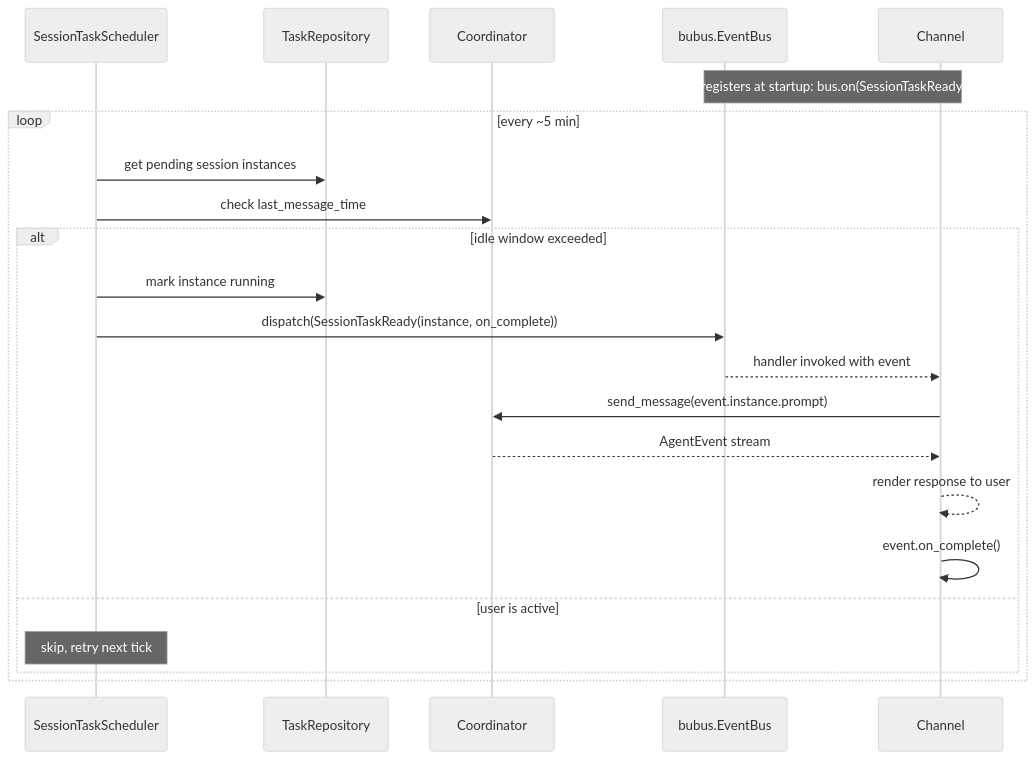
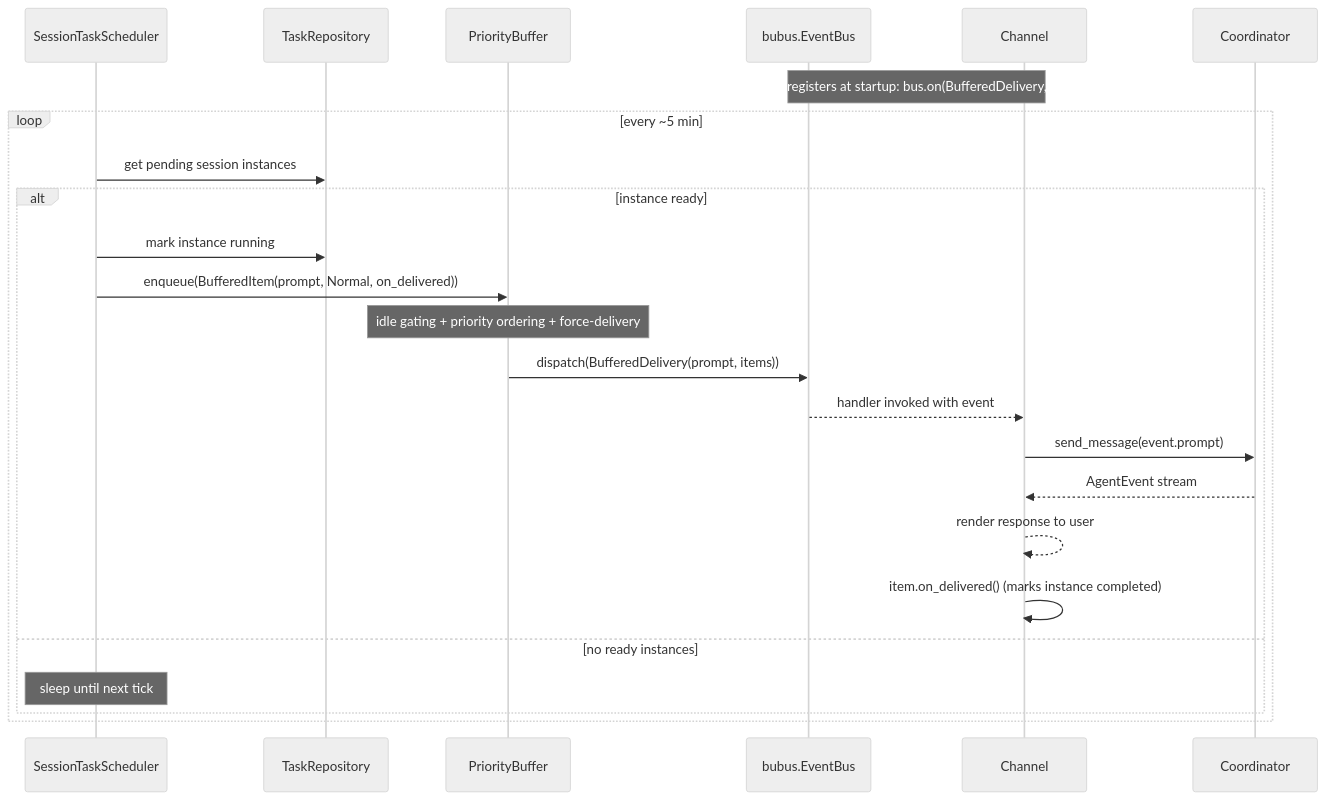
One commit to asermax/tachikoma changed the diagram in docs/feature-designs/tasks/session-task-execution.md. Above: the diagram before and after it, drawn with Mermaid (neutral theme). The commit also changed other lines of this file and 20 other files, not shown here.

````diff
--- a/docs/feature-designs/tasks/session-task-execution.md
+++ b/docs/feature-designs/tasks/session-task-execution.md
@@ -45,26 +43,28 @@
 ```mermaid
 sequenceDiagram
     participant Sched as SessionTaskScheduler
     participant Repo as TaskRepository
-    participant Coord as Coordinator
+    participant Buffer as PriorityBuffer
     participant Bus as bubus.EventBus
     participant Channel
+    participant Coord as Coordinator
 
-    Note over Channel,Bus: Channel registers at startup: bus.on(SessionTaskReady, handler)
+    Note over Channel,Bus: Channel registers at startup: bus.on(BufferedDelivery, handler)
 
     loop every ~5 min
         Sched->>Repo: get pending session instances
-        Sched->>Coord: check last_message_time
-        alt idle window exceeded
+        alt instance ready
             Sched->>Repo: mark instance running
-            Sched->>Bus: dispatch(SessionTaskReady(instance, on_complete))
+            Sched->>Buffer: enqueue(BufferedItem(prompt, Normal, on_delivered))
+            Note over Buffer: idle gating + priority ordering + force-delivery
+            Buffer->>Bus: dispatch(BufferedDelivery(prompt, items))
             Bus-->>Channel: handler invoked with event
-            Channel->>Coord: send_message(event.instance.prompt)
+            Channel->>Coord: send_message(event.prompt)
             Coord-->>Channel: AgentEvent stream
             Channel-->>Channel: render response to user
-            Channel->>Channel: event.on_complete()
-        else user is active
-            Note over Sched: skip, retry next tick
+            Channel->>Channel: item.on_delivered() (marks instance completed)
+        else no ready instances
+            Note over Sched: sleep until next tick
         end
     end
 ```
````
